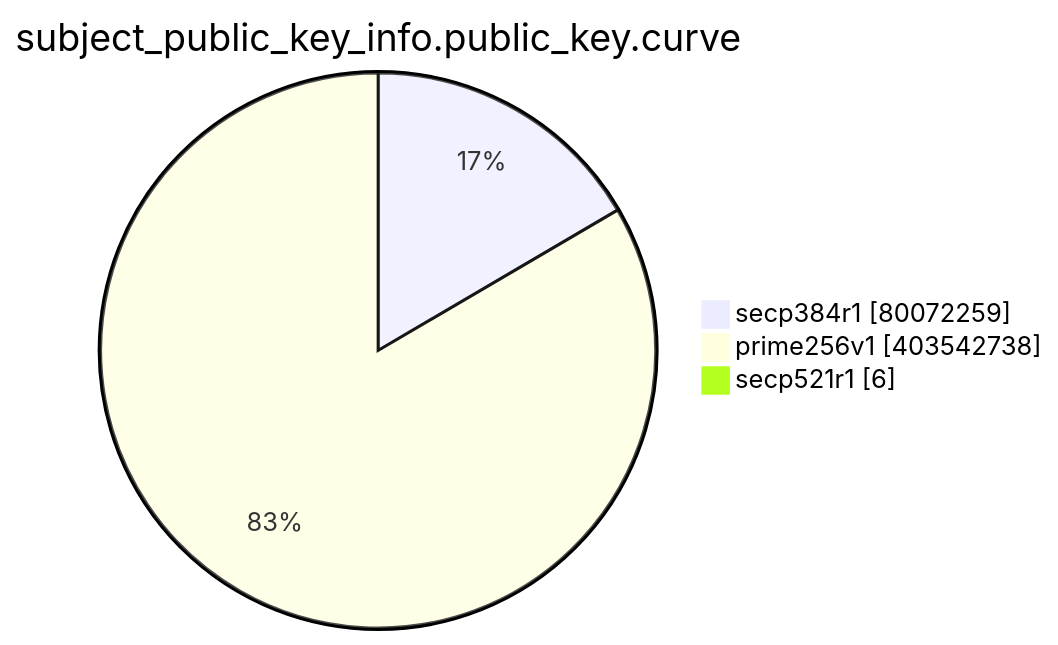
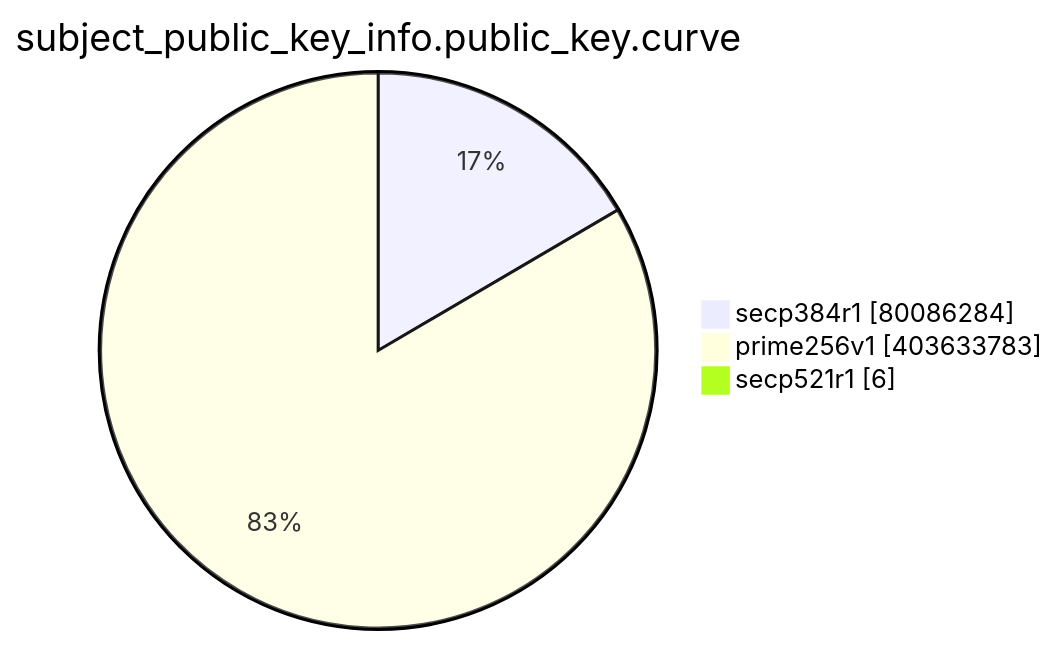
Before and after one commit to christiankrug/ctmonitor_visualization: the eighth of 15 diagrams in TOTAL/README.md, drawn with Mermaid. The commit also changed other lines of this file, not shown here.

````diff
--- a/TOTAL/README.md
+++ b/TOTAL/README.md
@@ -3095,7 +3095,7 @@
 ```mermaid
 pie showData
 title subject_public_key_info.public_key.curve
-"secp384r1" :80072259
-"prime256v1" :403542738
+"secp384r1" :80086284
+"prime256v1" :403633783
 "secp521r1" :6
 ```
````
